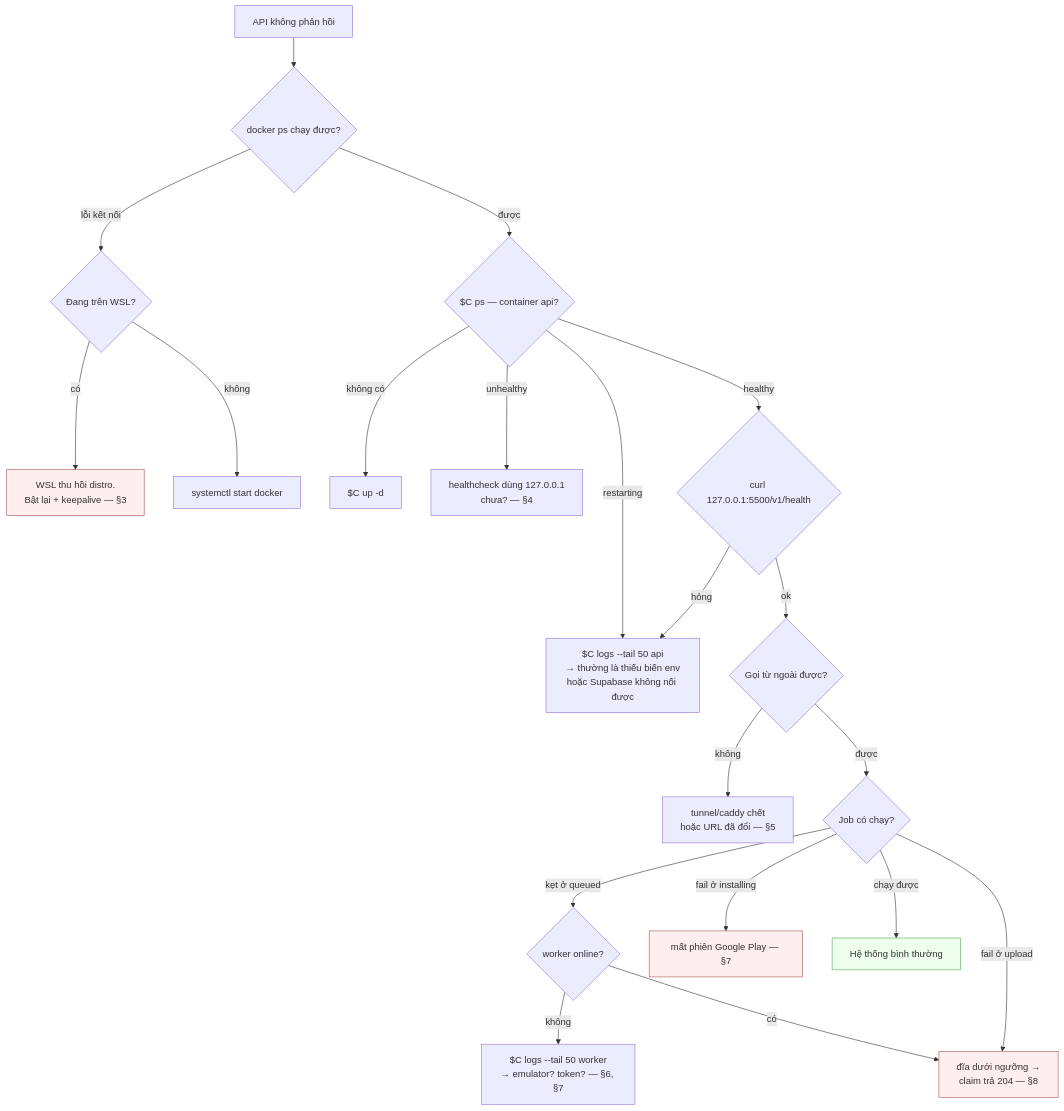
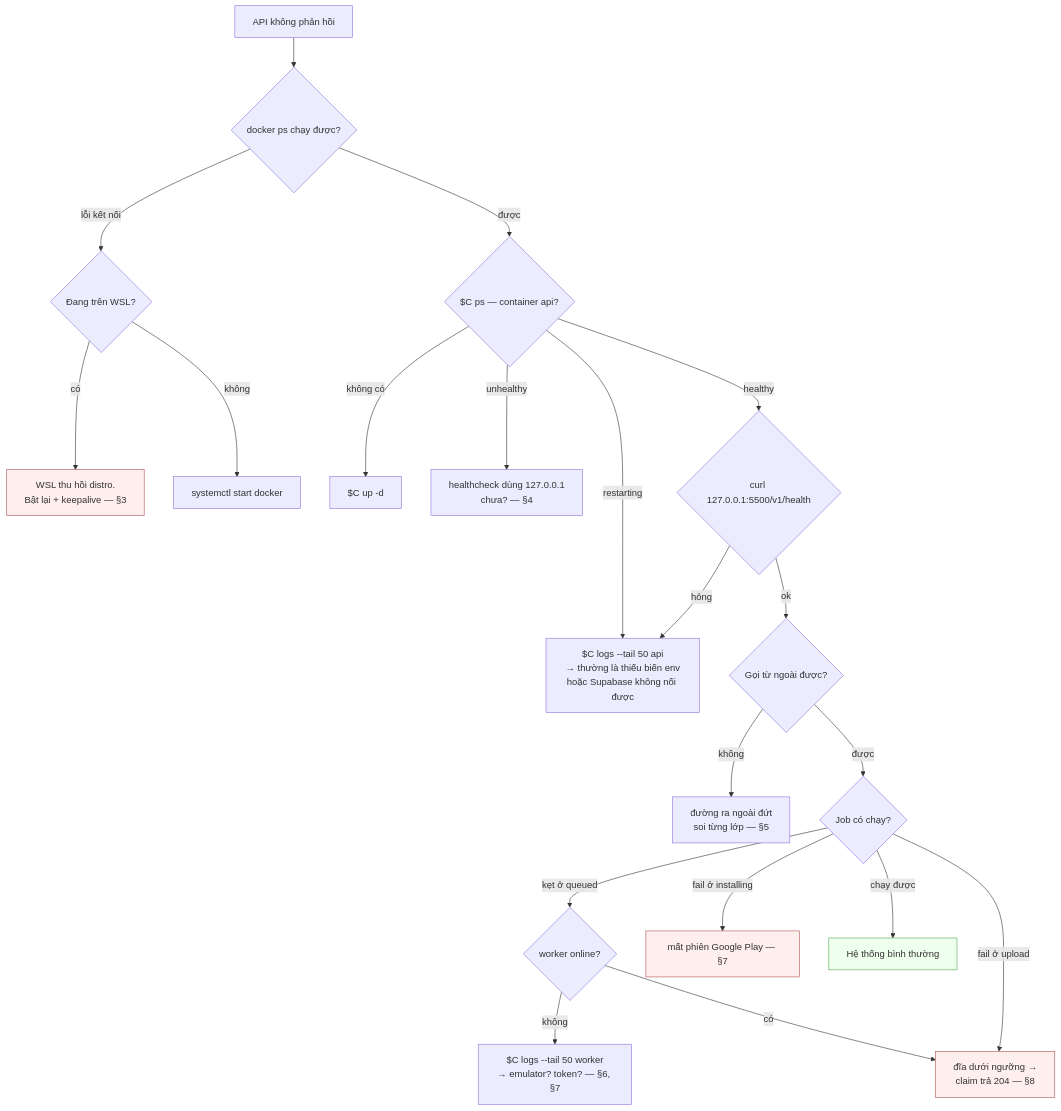
One commit to daclong120-del/app-relay changed the diagram in docs/runbook.md. Above: the diagram before and after it, drawn with Mermaid. The commit also changed other lines of this file and 9 other files, not shown here.

````diff
--- a/docs/runbook.md
+++ b/docs/runbook.md
@@ -34,33 +37,33 @@
 ```mermaid
 flowchart TD
     S["API không phản hồi"] --> D{"docker ps chạy được?"}
 
     D -->|"lỗi kết nối"| WSL{"Đang trên WSL?"}
     WSL -->|"có"| KA["WSL thu hồi distro.<br/>Bật lại + keepalive — §3"]
     WSL -->|"không"| DK["systemctl start docker"]
 
     D -->|"được"| P{"$C ps — container api?"}
     P -->|"không có"| UP["$C up -d"]
     P -->|"restarting"| LOG["$C logs --tail 50 api<br/>→ thường là thiếu biến env<br/>hoặc Supabase không nối được"]
     P -->|"unhealthy"| HC["healthcheck dùng 127.0.0.1<br/>chưa? — §4"]
     P -->|"healthy"| H{"curl 127.0.0.1:5500/v1/health"}
 
     H -->|"hỏng"| LOG
     H -->|"ok"| EXT{"Gọi từ ngoài được?"}
 
-    EXT -->|"không"| TUN["tunnel/caddy chết<br/>hoặc URL đã đổi — §5"]
+    EXT -->|"không"| TUN["đường ra ngoài đứt<br/>soi từng lớp — §5"]
     EXT -->|"được"| JOB{"Job có chạy?"}
 
     JOB -->|"kẹt ở queued"| Q{"worker online?"}
     Q -->|"không"| W["$C logs --tail 50 worker<br/>→ emulator? token? — §6, §7"]
     Q -->|"có"| DISK["đĩa dưới ngưỡng →<br/>claim trả 204 — §8"]
 
     JOB -->|"fail ở installing"| ACC["mất phiên Google Play — §7"]
     JOB -->|"fail ở upload"| DISK
     JOB -->|"chạy được"| OK["Hệ thống bình thường"]
 
     classDef bad fill:#fee,stroke:#a55
     classDef good fill:#efe,stroke:#5a5
     class KA,ACC,DISK bad
     class OK good
 ```
````
